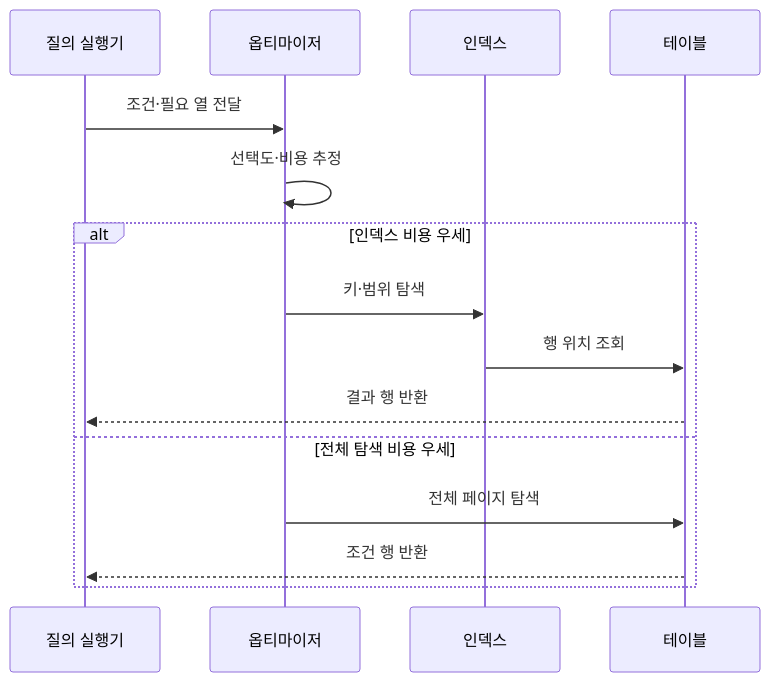
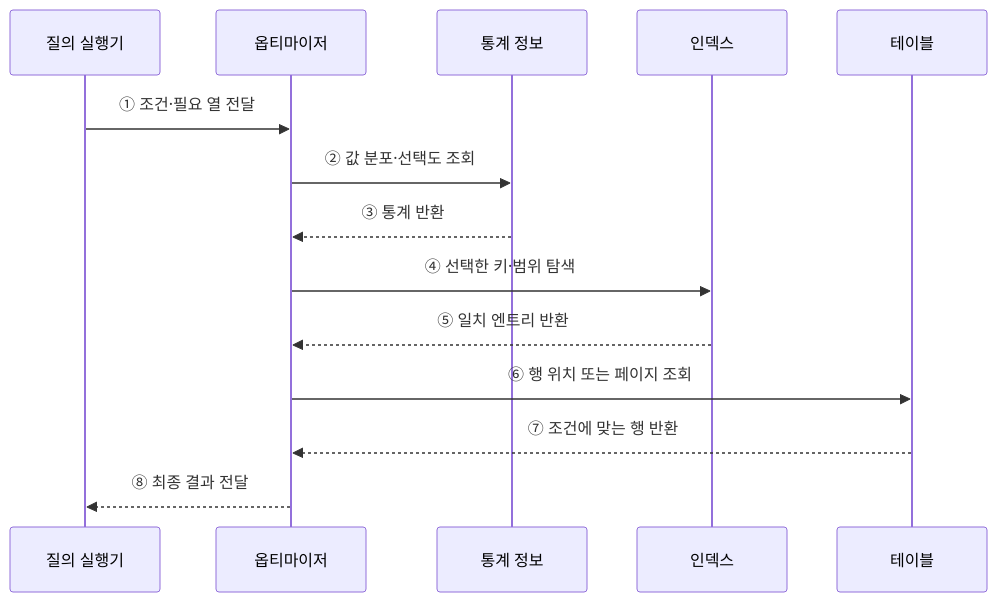
The second of 2 diagrams in src/content/docs/notes/03-software/093_index_structure.md (agnusdei1207/knowledge-base), drawn with Mermaid before and after one commit. The commit also changed other lines of this file and 20 other files, not shown here.

````diff
--- a/src/content/docs/notes/03-software/093_index_structure.md
+++ b/src/content/docs/notes/03-software/093_index_structure.md
@@ -79,17 +68,16 @@
 ```mermaid
 sequenceDiagram
     participant Q as 질의 실행기
     participant O as 옵티마이저
+    participant S as 통계 정보
     participant I as 인덱스
     participant T as 테이블
-    Q->>O: 조건·필요 열 전달
-    O->>O: 선택도·비용 추정
-    alt 인덱스 비용 우세
-        O->>I: 키·범위 탐색
-        I->>T: 행 위치 조회
-        T-->>Q: 결과 행 반환
-    else 전체 탐색 비용 우세
-        O->>T: 전체 페이지 탐색
-        T-->>Q: 조건 행 반환
-    end
+    Q->>O: ① 조건·필요 열 전달
+    O->>S: ② 값 분포·선택도 조회
+    S-->>O: ③ 통계 반환
+    O->>I: ④ 선택한 키·범위 탐색
+    I-->>O: ⑤ 일치 엔트리 반환
+    O->>T: ⑥ 행 위치 또는 페이지 조회
+    T-->>O: ⑦ 조건에 맞는 행 반환
+    O-->>Q: ⑧ 최종 결과 전달
 ```
````
